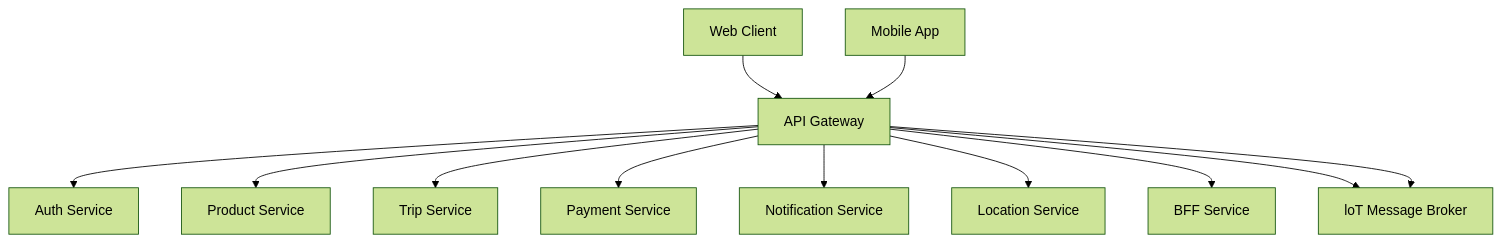
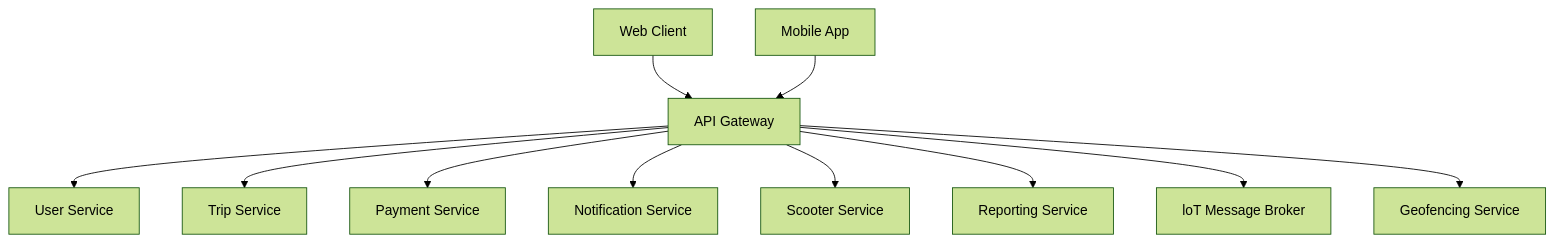
One commit to sinitsina098-hash/new-catalog changed the diagram in arkhitekturnoe-kata-prakticheskoe-rukovodstv/shering-elektrosamokatov/arkhitekturnoe-kata-2.mermaid. Above: the diagram before and after it, drawn with Mermaid (forest theme). The commit also changed 1 other file, not shown here.

```diff
--- a/arkhitekturnoe-kata-prakticheskoe-rukovodstv/shering-elektrosamokatov/arkhitekturnoe-kata-2.mermaid
+++ b/arkhitekturnoe-kata-prakticheskoe-rukovodstv/shering-elektrosamokatov/arkhitekturnoe-kata-2.mermaid
@@ -1,12 +1,11 @@
 graph TD
     WEB[Web Client] --> API[API Gateway]
     MOB[Mobile App] --> API
-    API --> AUTH[Auth Service]
-    API --> PROD[Product Service]
+    API --> USER[User Service]
     API --> Trip[Trip Service]
     API --> PAYMENT[Payment Service]
     API --> NOTIFY[Notification Service]
-    API --> Location[Location Service]
-    API --> BFF[BFF Service] 
+    API --> SCOOT[Scooter Service]
+    API --> REPORT[Reporting Service] 
     API --> loT[loT Message Broker]
-    API --> loT[loT Message Broker]
+    API --> GEO[Geofencing Service]
```
